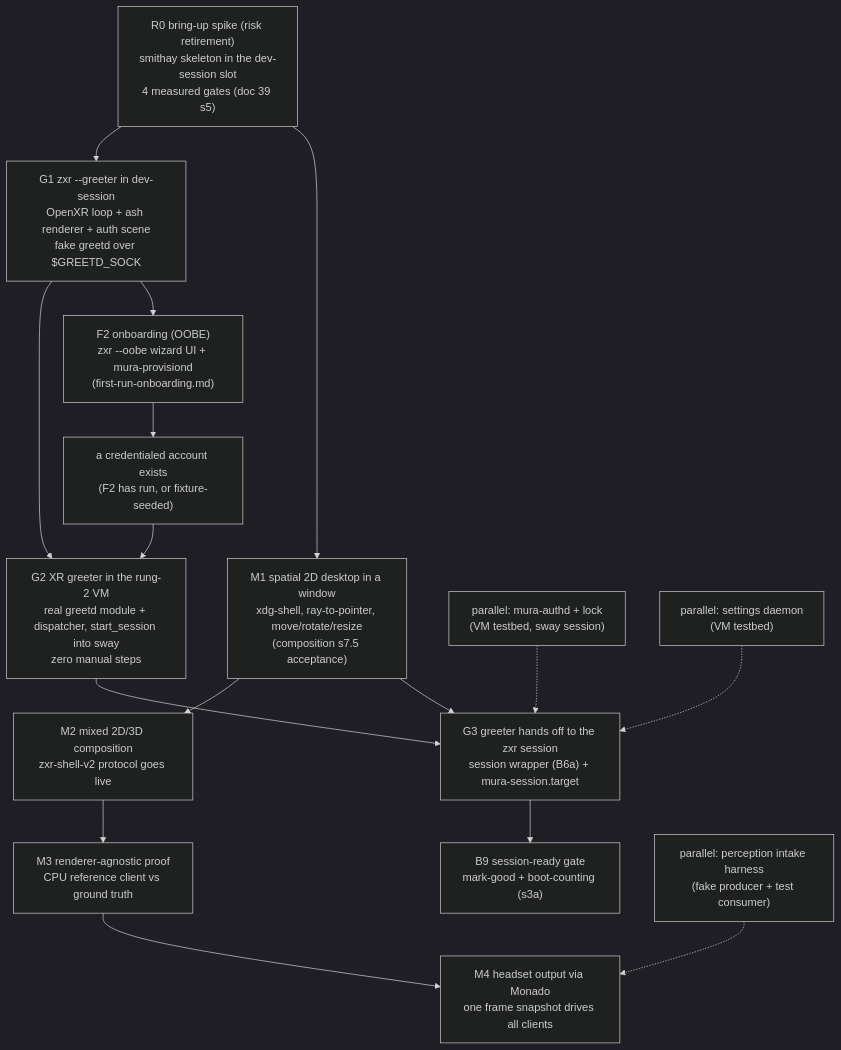
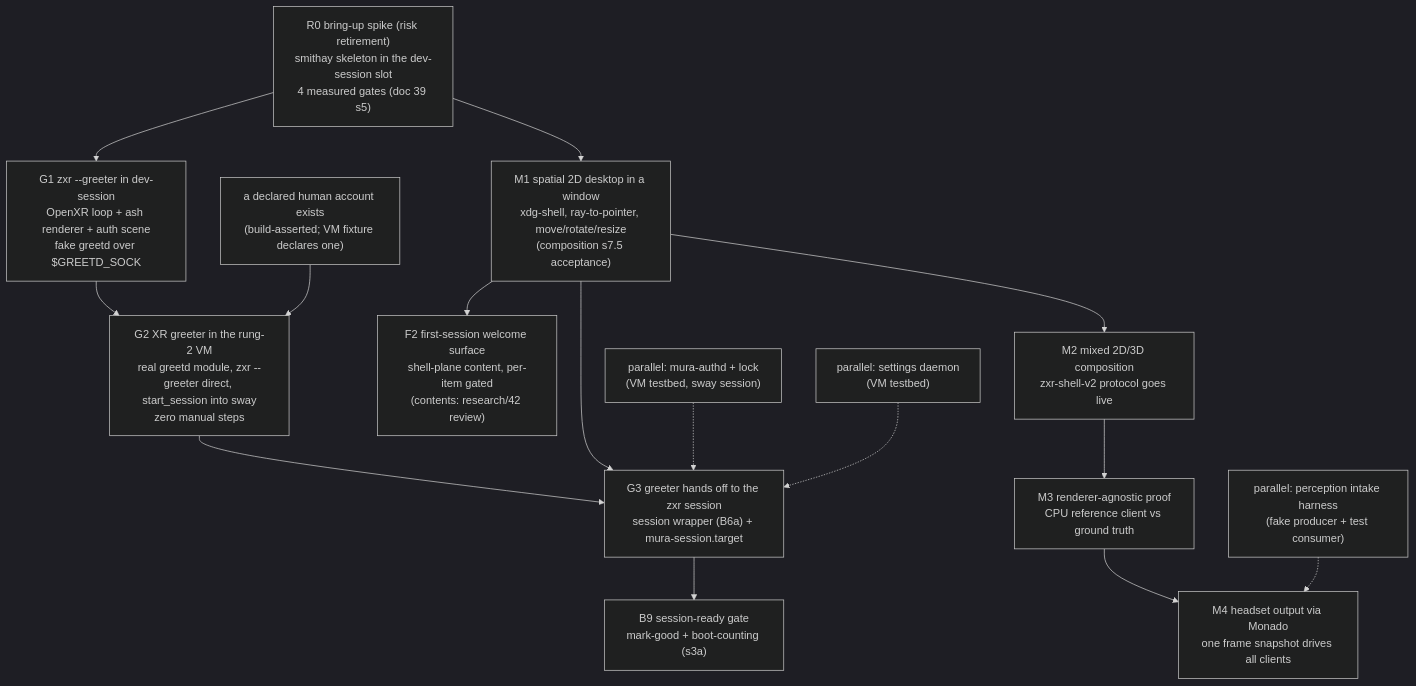
One commit to mura-os/mura changed the diagram in docs/architecture/implementation-path.md. Above: the diagram before and after it, drawn with Mermaid (dark theme). The commit also changed other lines of this file and 10 other files, not shown here.

````diff
--- a/docs/architecture/implementation-path.md
+++ b/docs/architecture/implementation-path.md
@@ -81,18 +83,17 @@
 ```mermaid
 flowchart TD
     R0["R0 bring-up spike (risk retirement)\nsmithay skeleton in the dev-session slot\n4 measured gates (doc 39 s5)"] --> G1["G1 zxr --greeter in dev-session\nOpenXR loop + ash renderer + auth scene\nfake greetd over $GREETD_SOCK"]
     R0 --> M1["M1 spatial 2D desktop in a window\nxdg-shell, ray-to-pointer, move/rotate/resize\n(composition s7.5 acceptance)"]
-    G1 --> G2["G2 XR greeter in the rung-2 VM\nreal greetd module + dispatcher, start_session into sway\nzero manual steps"]
-    G1 --> F2["F2 onboarding (OOBE)\nzxr --oobe wizard UI + mura-provisiond\n(first-run-onboarding.md)"]
-    F2 --> ENR["a credentialed account exists\n(F2 has run, or fixture-seeded)"]
-    ENR --> G2
+    G1 --> G2["G2 XR greeter in the rung-2 VM\nreal greetd module, zxr --greeter direct, start_session into sway\nzero manual steps"]
+    DECL["a declared human account exists\n(build-asserted; VM fixture declares one)"] --> G2
+    M1 --> F2["F2 first-session welcome surface\nshell-plane content, per-item gated\n(contents: research/42 review)"]
     M1 --> M2["M2 mixed 2D/3D composition\nzxr-shell-v2 protocol goes live"]
     G2 --> G3["G3 greeter hands off to the zxr session\nsession wrapper (B6a) + mura-session.target"]
     M1 --> G3
     G3 --> B9["B9 session-ready gate\nmark-good + boot-counting (s3a)"]
     M2 --> M3["M3 renderer-agnostic proof\nCPU reference client vs ground truth"]
     M3 --> M4["M4 headset output via Monado\none frame snapshot drives all clients"]
     AUTHD["parallel: mura-authd + lock\n(VM testbed, sway session)"] -.-> G3
     SETTINGS["parallel: settings daemon\n(VM testbed)"] -.-> G3
     PERC["parallel: perception intake harness\n(fake producer + test consumer)"] -.-> M4
 ```
````
